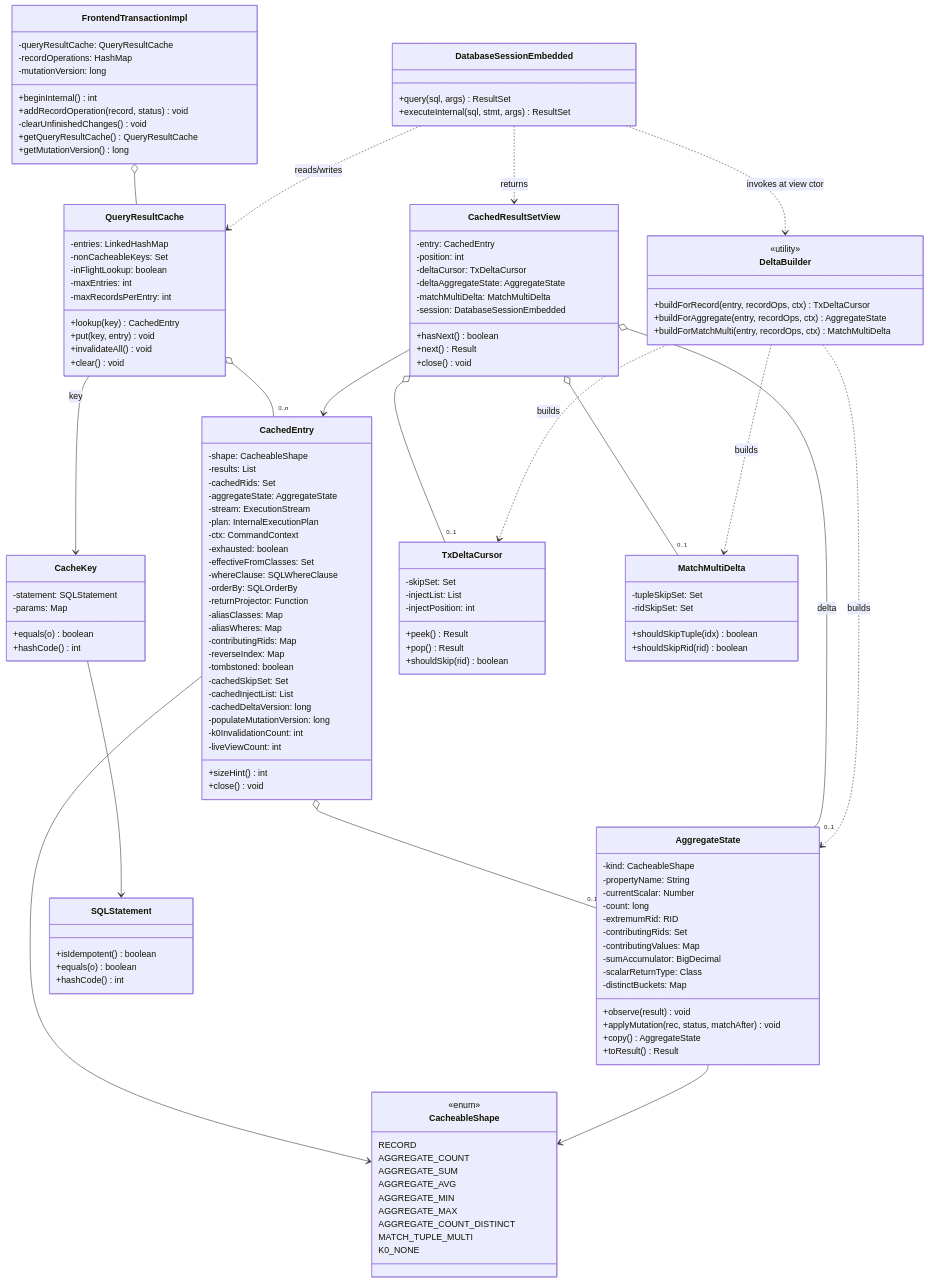
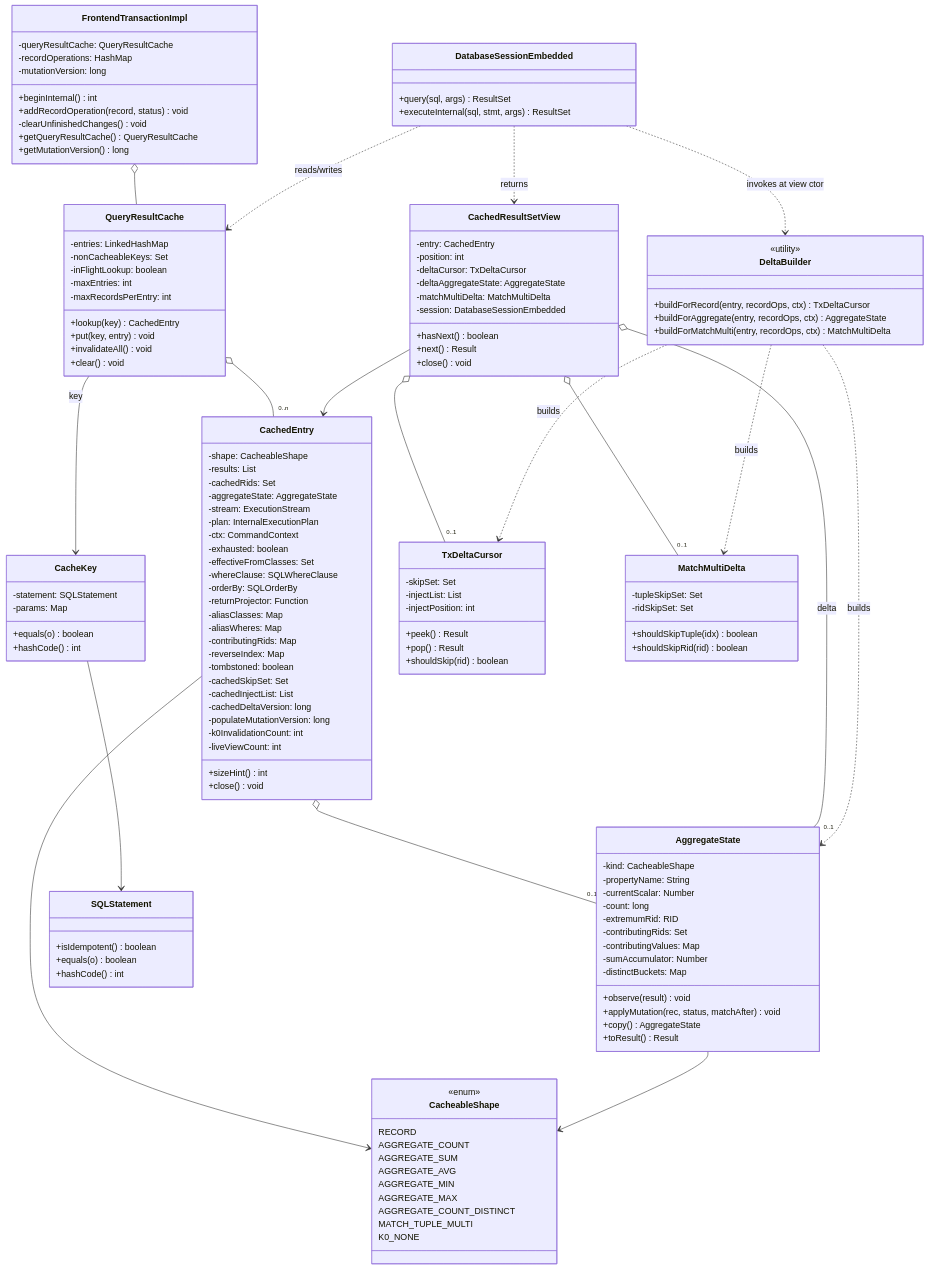
One commit to JetBrains/youtrackdb changed the first of 2 diagrams in docs/adr/YTDB-820-tx-result-cache/_workflow/design.md. Above: the diagram before and after it, drawn with Mermaid. The commit also changed other lines of this file and 6 other files, not shown here.

```diff
--- a/docs/adr/YTDB-820-tx-result-cache/_workflow/design.md
+++ b/docs/adr/YTDB-820-tx-result-cache/_workflow/design.md
@@ -110,8 +110,7 @@
         -extremumRid: RID
         -contributingRids: Set
         -contributingValues: Map
-        -sumAccumulator: BigDecimal
-        -scalarReturnType: Class
+        -sumAccumulator: Number
         -distinctBuckets: Map
         +observe(result) void
         +applyMutation(rec, status, matchAfter) void
```
